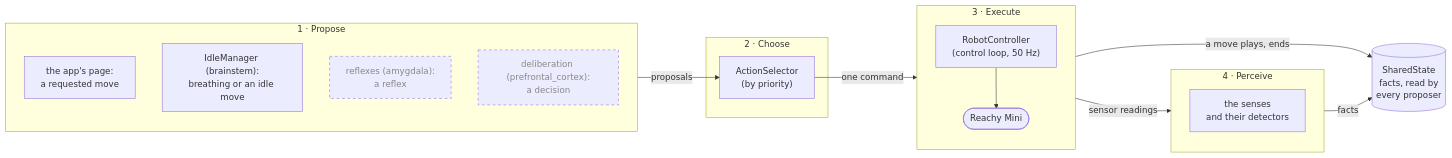
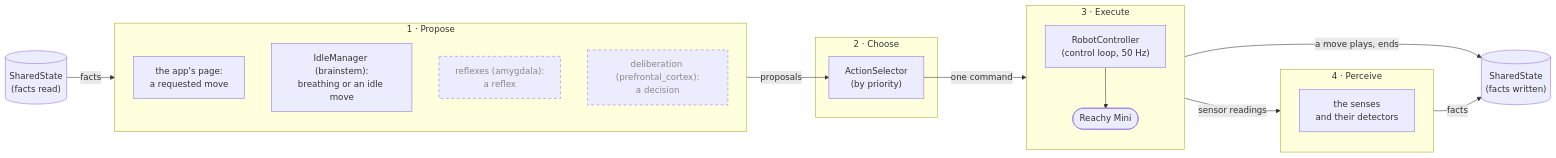
The diagram in ARCHITECTURE.md (HTurlet15/reachy_alive), drawn with Mermaid before and after one commit. The commit also changed other lines of this file, not shown here.

Commit message:
docs: the architecture as one map

````diff
--- a/ARCHITECTURE.md
+++ b/ARCHITECTURE.md
@@ -33,29 +34,31 @@
 ```mermaid
 flowchart LR
     subgraph decide["1 · Propose"]
         direction TB
         page["the app's page:<br/>a requested move"]
         idle["IdleManager (brainstem):<br/>breathing or an idle move"]
         reflexes["reflexes (amygdala):<br/>a reflex"]:::later
         cortex["deliberation (prefrontal_cortex):<br/>a decision"]:::later
     end
     subgraph choose["2 · Choose"]
         selector["ActionSelector<br/>(by priority)"]
     end
     subgraph act["3 · Execute"]
         direction TB
         controller["RobotController<br/>(control loop, 50 Hz)"] --> robot(["Reachy Mini"])
     end
     subgraph perceive["4 · Perceive"]
         senses["the senses<br/>and their detectors"]
     end
-    state[("SharedState<br/>facts, read by<br/>every proposer")]
+    state[("SharedState<br/>(facts written)")]
+    stateRead[("SharedState<br/>(facts read)")]
 
+    stateRead -->|facts| decide
     decide -->|proposals| selector
     selector -->|one command| act
     act -->|sensor readings| perceive
     act -->|a move plays, ends| state
     perceive -->|facts| state
 
     classDef later stroke-dasharray: 5 5,color:#888
 ```
````
